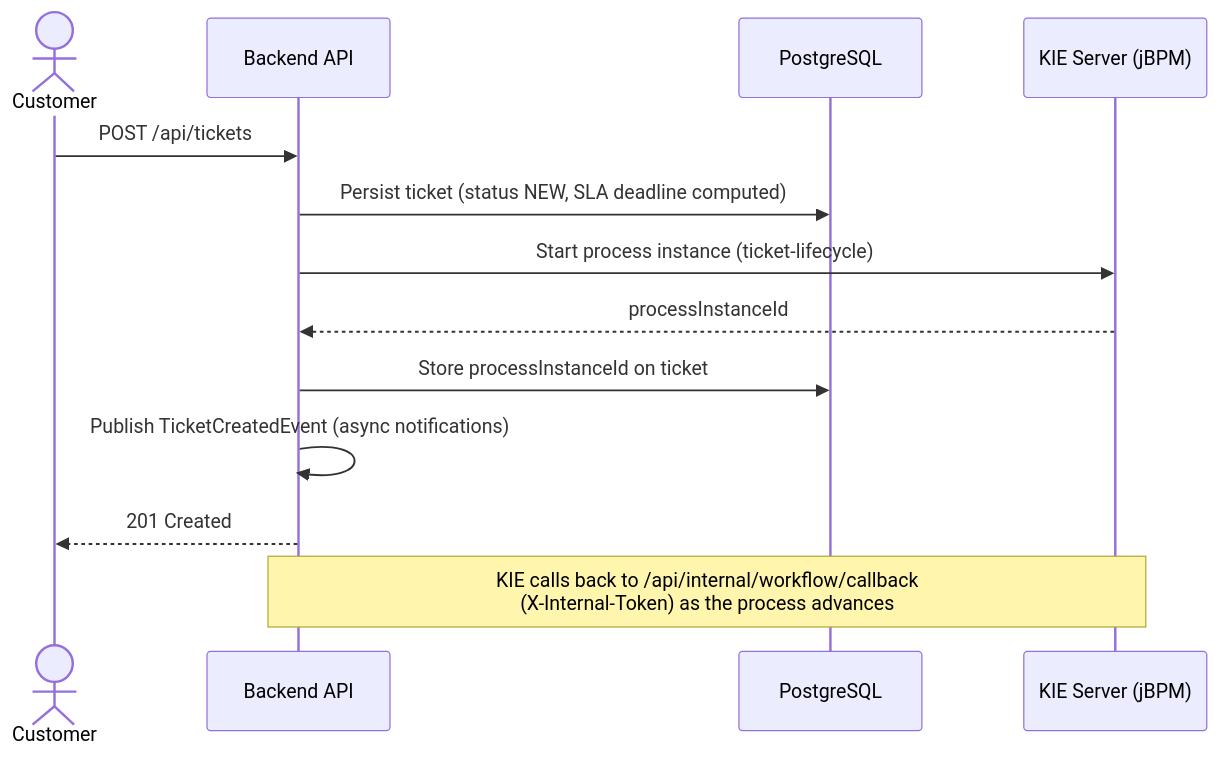
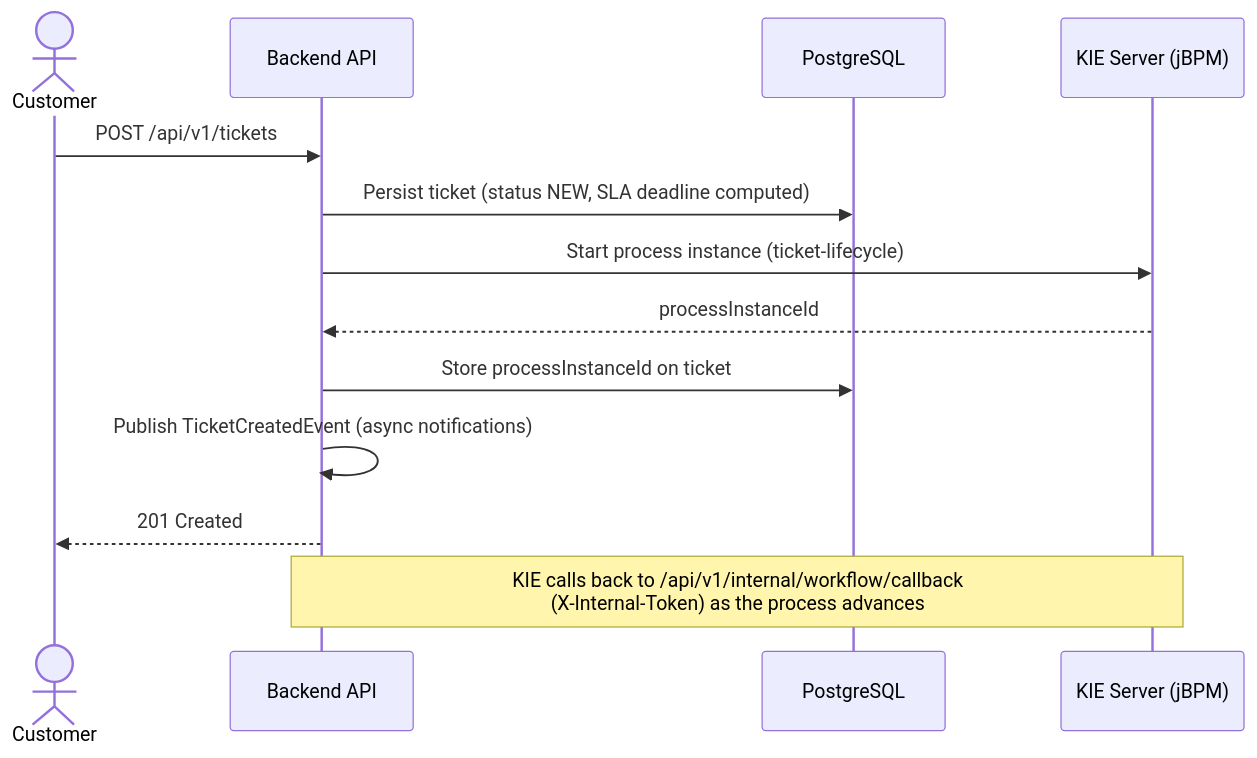
Before and after one commit to UKBey/TicketSystem: the fourth of 6 diagrams in docs/ARCHITECTURE.md, drawn with Mermaid. The commit also changed other lines of this file and 47 other files, not shown here.

````diff
--- a/docs/ARCHITECTURE.md
+++ b/docs/ARCHITECTURE.md
@@ -209,17 +209,17 @@
 ```mermaid
 sequenceDiagram
     actor Customer
     participant API as Backend API
     participant DB as PostgreSQL
     participant KIE as KIE Server (jBPM)
 
-    Customer->>API: POST /api/tickets
+    Customer->>API: POST /api/v1/tickets
     API->>DB: Persist ticket (status NEW, SLA deadline computed)
     API->>KIE: Start process instance (ticket-lifecycle)
     KIE-->>API: processInstanceId
     API->>DB: Store processInstanceId on ticket
     API->>API: Publish TicketCreatedEvent (async notifications)
     API-->>Customer: 201 Created
 
-    Note over API,KIE: KIE calls back to /api/internal/workflow/callback<br/>(X-Internal-Token) as the process advances
+    Note over API,KIE: KIE calls back to /api/v1/internal/workflow/callback<br/>(X-Internal-Token) as the process advances
 ```
````
